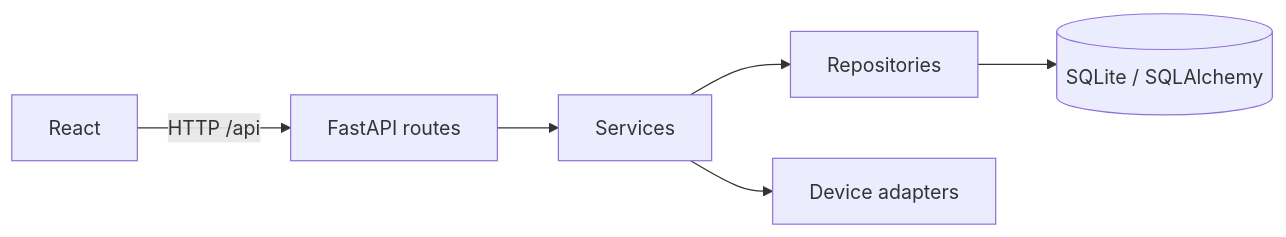
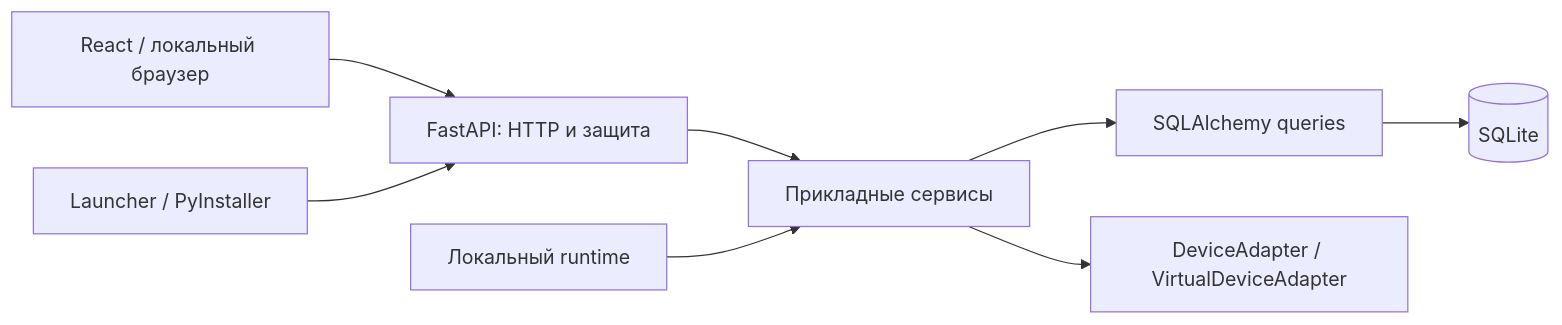
The diagram in docs/architecture.md (Brusko12/SmartHome), drawn with Mermaid before and after one commit. The commit also changed other lines of this file and 35 other files, not shown here.

````diff
--- a/docs/architecture.md
+++ b/docs/architecture.md
@@ -7,8 +6,10 @@
 ```mermaid
 flowchart LR
-    UI[React] -->|HTTP /api| API[FastAPI routes]
-    API --> Services[Services]
-    Services --> Repositories[Repositories]
-    Repositories --> DB[(SQLite / SQLAlchemy)]
-    Services --> Adapters[Device adapters]
+    UI[React / локальный браузер] --> API[FastAPI: HTTP и защита]
+    API --> Services[Прикладные сервисы]
+    Services --> Repositories[SQLAlchemy queries]
+    Repositories --> DB[(SQLite)]
+    Services --> Adapters[DeviceAdapter / VirtualDeviceAdapter]
+    Runtime[Локальный runtime] --> Services
+    Launcher[Launcher / PyInstaller] --> API
 ```
````
